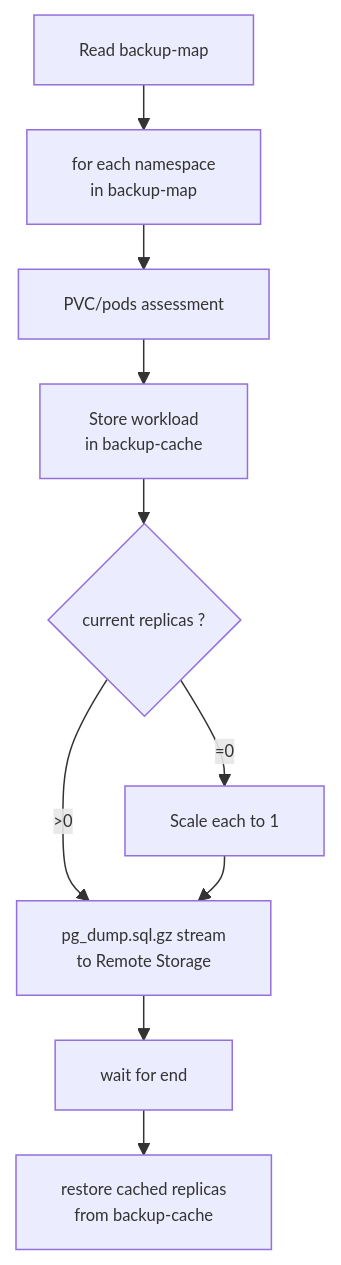
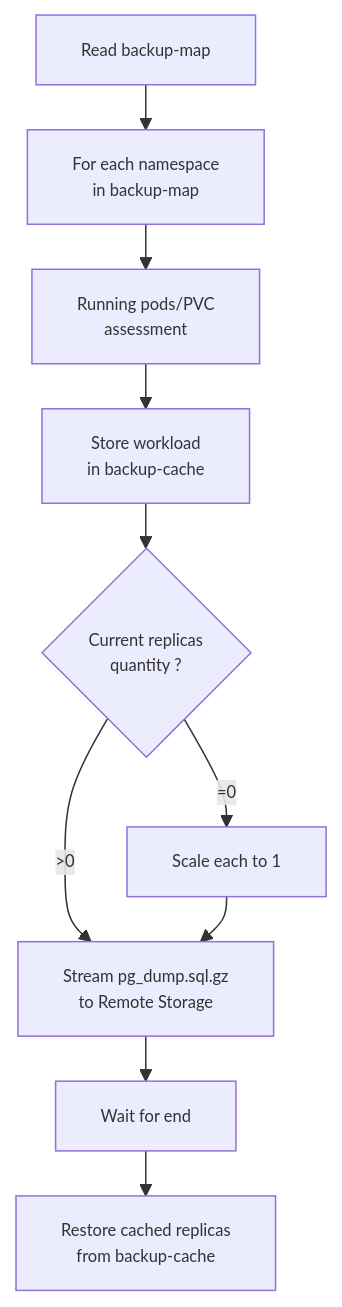
One commit to Cosmo-Tech/bkup changed the second of 2 diagrams in README.md. Above: the diagram before and after it, drawn with Mermaid. The commit also changed other lines of this file and 1 other file, not shown here.

````diff
--- a/README.md
+++ b/README.md
@@ -263,14 +271,14 @@
 ```mermaid
 %%{init: { 'themeVariables': { 'fontSize': '11px' }, 'flowchart': { 'rankSpacing': 30 } } }%%
 flowchart TD
     A[Read backup-map]
-    --> B[for each namespace <br> in backup-map]
-    --> C[PVC/pods assessment]
+    --> B[For each namespace <br> in backup-map]
+    --> C[Running pods/PVC <br> assessment]
     --> D[Store workload <br> in backup-cache]
-    D --> E{current replicas ?}
+    D --> E{Current replicas <br> quantity ?}
     E -->|=0| F[Scale each to 1]
     E -->|>0| G[Keep as it is]
-    F --> G[pg_dump.sql.gz stream <br> to Remote Storage]
-    G --> H[wait for end]
-    H --> I[restore cached replicas <br> from backup-cache]
+    F --> G[Stream pg_dump.sql.gz <br> to Remote Storage]
+    G --> H[Wait for end]
+    H --> I[Restore cached replicas <br> from backup-cache]
 ```
````
